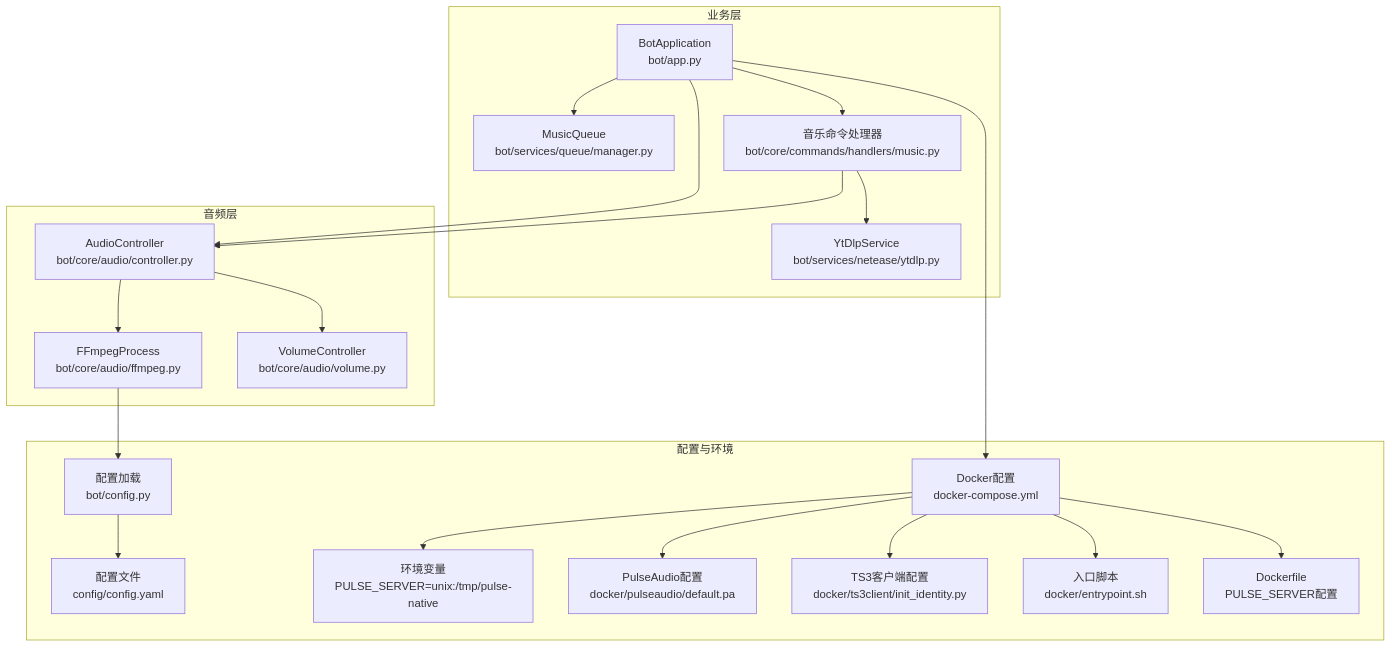
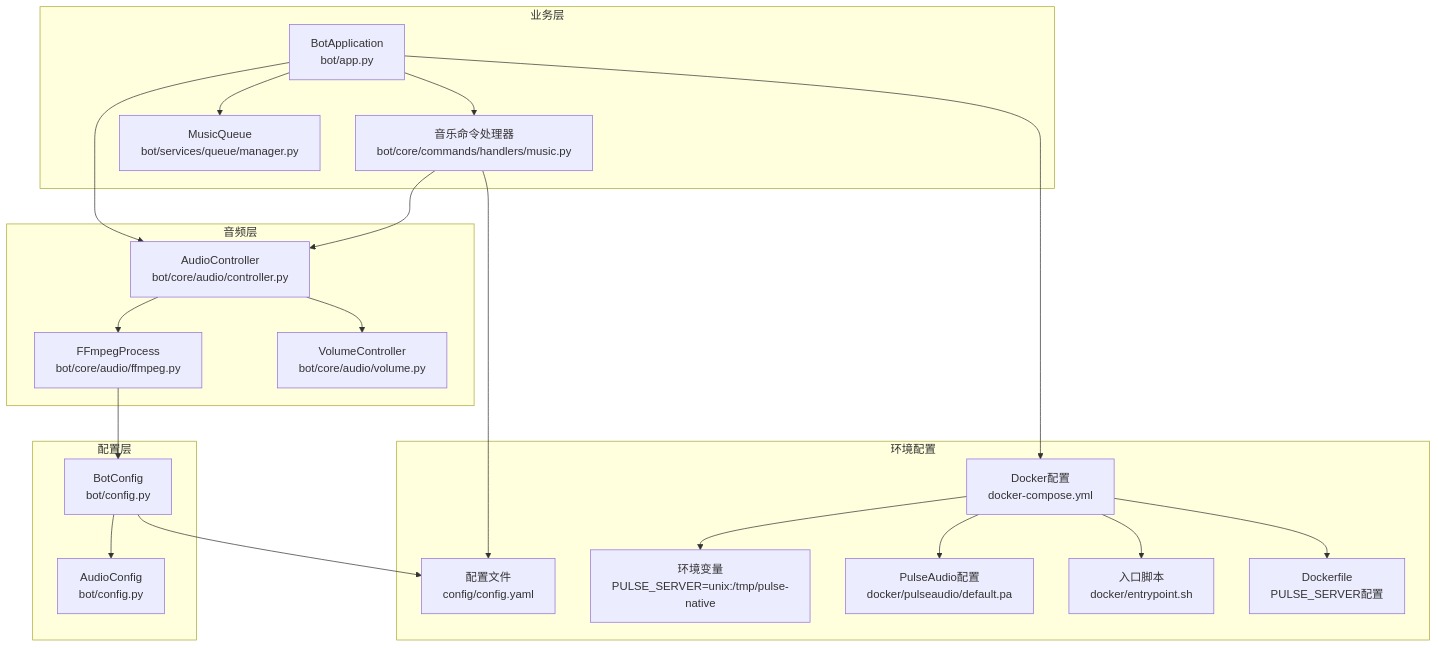
Before and after one commit to GhoulOwl/Teamspeak3_Bot: the first of 8 diagrams in .qoder/repowiki/zh/content/音乐播放系统/FFmpeg集成.md, drawn with Mermaid. The commit also changed other lines of this file and 7 other files, not shown here.

````diff
--- a/.qoder/repowiki/zh/content/音乐播放系统/FFmpeg集成.md
+++ b/.qoder/repowiki/zh/content/音乐播放系统/FFmpeg集成.md
@@ -68,39 +68,40 @@
 ```mermaid
 graph TB
 subgraph "音频层"
 FF["FFmpegProcess<br/>bot/core/audio/ffmpeg.py"]
 AC["AudioController<br/>bot/core/audio/controller.py"]
 VC["VolumeController<br/>bot/core/audio/volume.py"]
 end
+subgraph "配置层"
+CFG["BotConfig<br/>bot/config.py"]
+ACFG["AudioConfig<br/>bot/config.py"]
+end
 subgraph "业务层"
 MQ["MusicQueue<br/>bot/services/queue/manager.py"]
 CMD["音乐命令处理器<br/>bot/core/commands/handlers/music.py"]
 APP["BotApplication<br/>bot/app.py"]
-YT["YtDlpService<br/>bot/services/netease/ytdlp.py"]
 end
-subgraph "配置与环境"
-CFG["配置加载<br/>bot/config.py"]
+subgraph "环境配置"
 YAML["配置文件<br/>config/config.yaml"]
 DC["Docker配置<br/>docker-compose.yml"]
 ENV["环境变量<br/>PULSE_SERVER=unix:/tmp/pulse-native"]
 PA["PulseAudio配置<br/>docker/pulseaudio/default.pa"]
-TS3["TS3客户端配置<br/>docker/ts3client/init_identity.py"]
 END["入口脚本<br/>docker/entrypoint.sh"]
 DF["Dockerfile<br/>PULSE_SERVER配置"]
 end
 CMD --> AC
 AC --> FF
 AC --> VC
 APP --> AC
 APP --> MQ
 APP --> CMD
 FF --> CFG
+CFG --> ACFG
 CFG --> YAML
 APP --> DC
 DC --> ENV
 DC --> PA
-DC --> TS3
 DC --> END
 DC --> DF
-CMD --> YT
+CMD --> YAML
 ```
````
